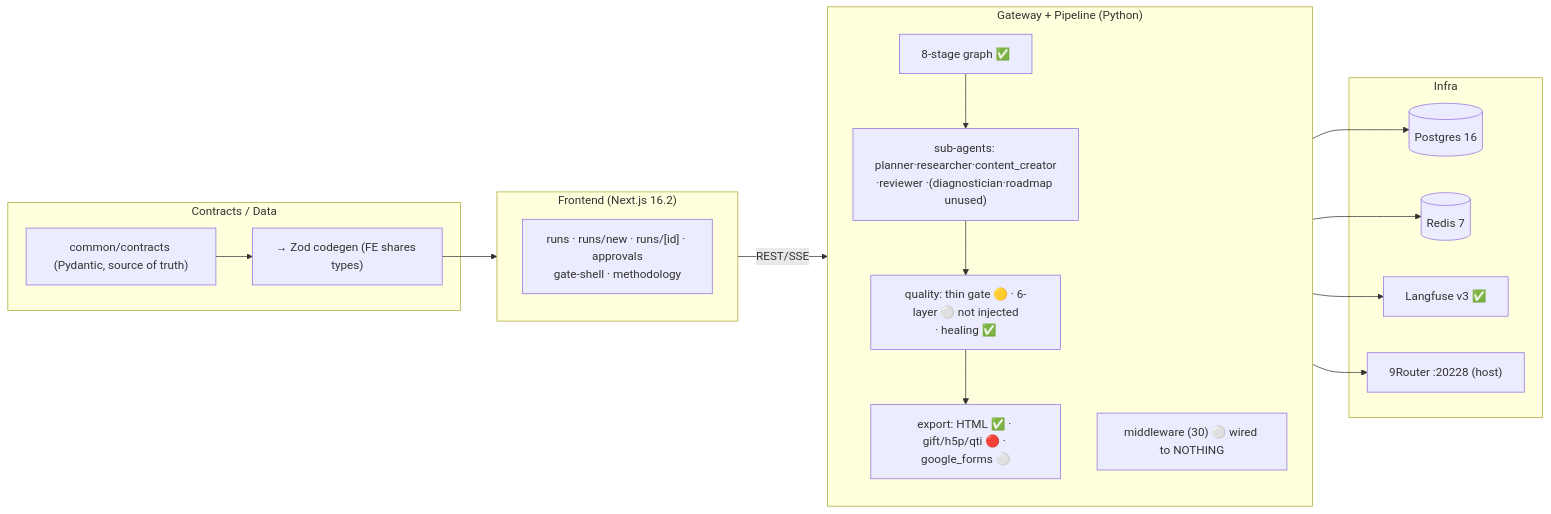
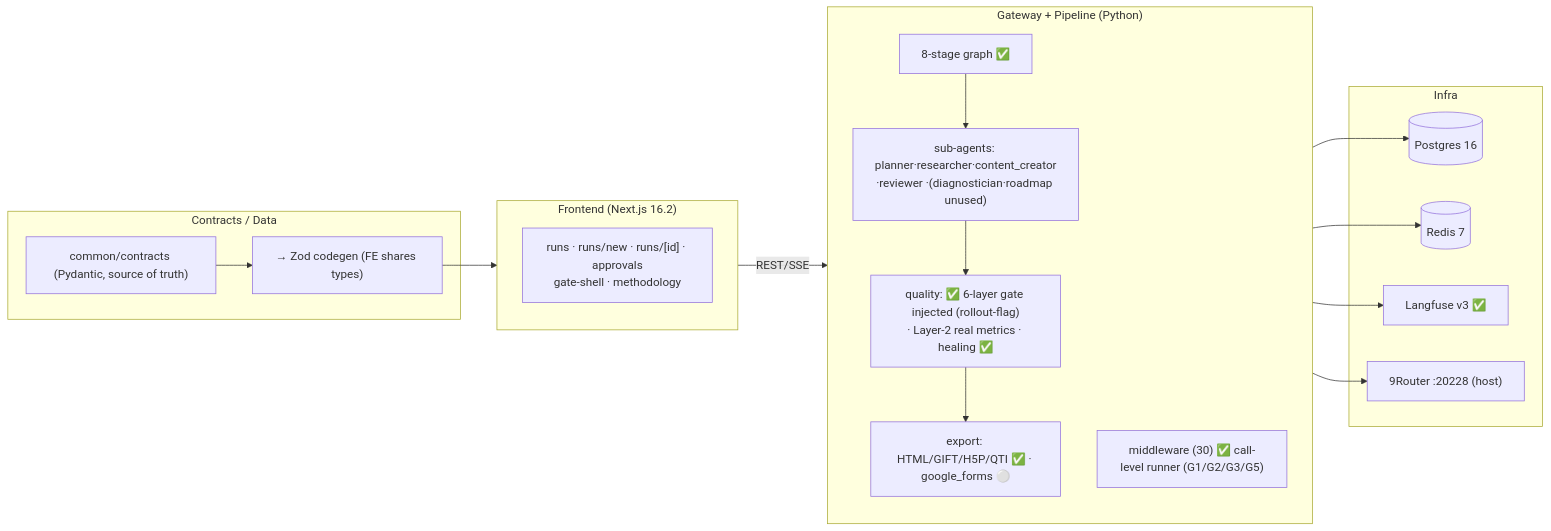
One commit to maemreyo/oh-my-class changed the second of 2 diagrams in docs/system/ARCHITECTURE.md. Above: the diagram before and after it, drawn with Mermaid. The commit also changed other lines of this file and 89 other files, not shown here.

````diff
--- a/docs/system/ARCHITECTURE.md
+++ b/docs/system/ARCHITECTURE.md
@@ -85,29 +85,29 @@
 ```mermaid
 flowchart LR
   subgraph FE["Frontend (Next.js 16.2)"]
     UI["runs · runs/new · runs/[id] · approvals<br/>gate-shell · methodology"]
   end
   subgraph BE["Gateway + Pipeline (Python)"]
     direction TB
     PIPE["8-stage graph ✅"]
     SUB["sub-agents: planner·researcher·content_creator<br/>·reviewer ·(diagnostician·roadmap unused)"]
-    QUAL["quality: thin gate 🟡 · 6-layer ⚪ not injected<br/>· healing ✅"]
-    MW["middleware (30) ⚪ wired to NOTHING"]
-    EXP["export: HTML ✅ · gift/h5p/qti 🔴 · google_forms ⚪"]
+    QUAL["quality: ✅ 6-layer gate injected (rollout-flag)<br/>· Layer-2 real metrics · healing ✅"]
+    MW["middleware (30) ✅ call-level runner (G1/G2/G3/G5)"]
+    EXP["export: HTML/GIFT/H5P/QTI ✅ · google_forms ⚪"]
   end
   subgraph DATA["Contracts / Data"]
     CON["common/contracts (Pydantic, source of truth)"]
     ZOD["→ Zod codegen (FE shares types)"]
   end
   subgraph INFRA["Infra"]
     PG[("Postgres 16")]
     RED[("Redis 7")]
     LF["Langfuse v3 ✅"]
     NR["9Router :20228 (host)"]
   end
   FE -->|REST/SSE| BE
   PIPE --> SUB --> QUAL --> EXP
   CON --> ZOD --> FE
   BE --> PG & RED & LF
   SUB --> NR
 ```
````
